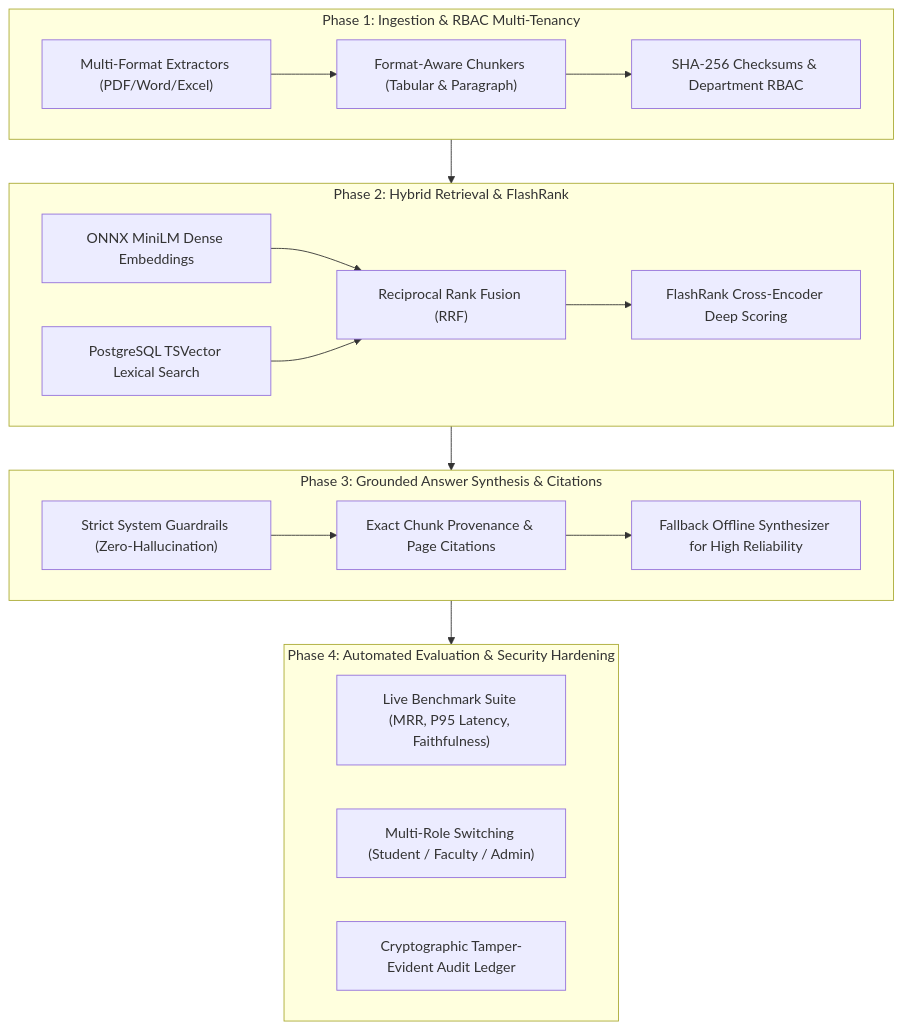
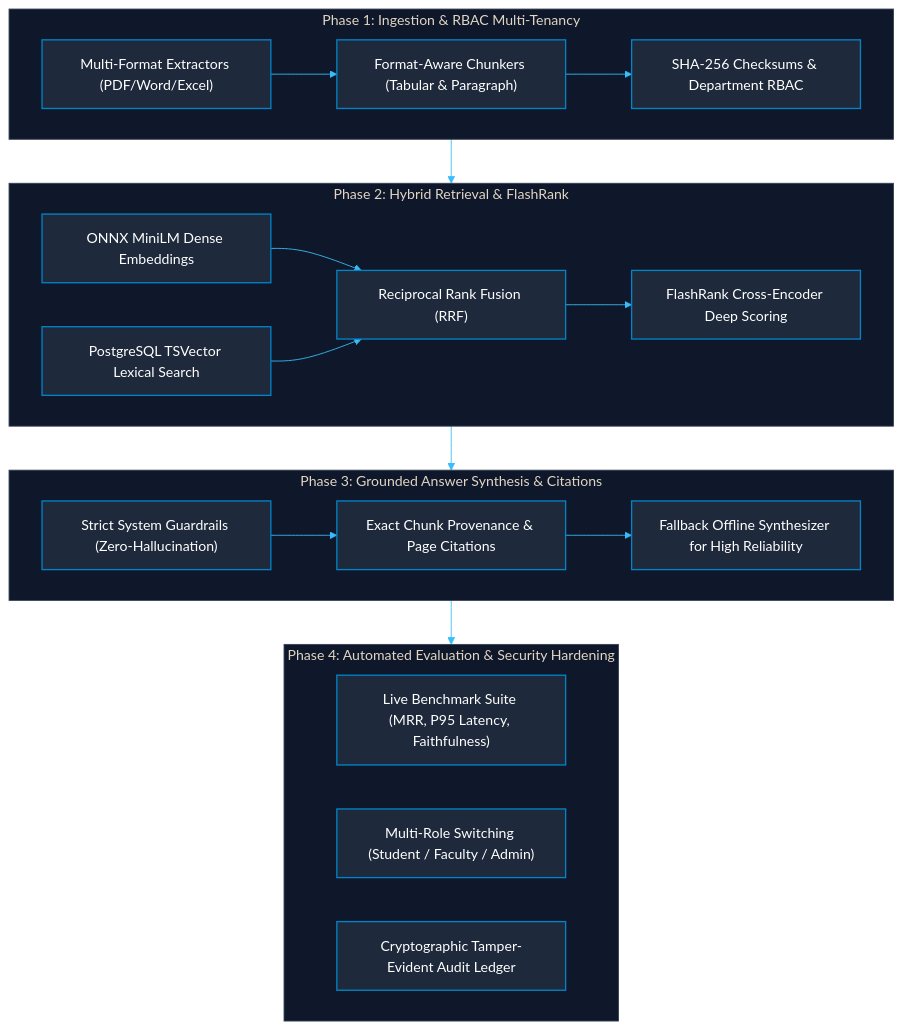
Before and after one commit to abhay-patil-cse27/concord-ikms: the diagram in docs/PROJECT_BRIEF.md, drawn with Mermaid. The commit also changed 7 other files, not shown here.

Commit message:
docs: standardize high-contrast mermaid diagrams for github light/dark mode, clean readme table, and fix benchmark caching

````diff
--- a/docs/PROJECT_BRIEF.md
+++ b/docs/PROJECT_BRIEF.md
@@ -5,28 +5,31 @@
 ```mermaid
+%%{init: {'theme': 'base', 'themeVariables': { 'primaryColor': '#0284c7', 'primaryTextColor': '#ffffff', 'primaryBorderColor': '#0369a1', 'lineColor': '#38bdf8', 'secondaryColor': '#0f172a', 'tertiaryColor': '#1e293b', 'clusterBkg': '#0f172a', 'clusterBorder': '#334155', 'fontFamily': 'Inter, sans-serif'}}}%%
 graph TD
     subgraph Phase1 ["Phase 1: Ingestion & RBAC Multi-Tenancy"]
         P1A["Multi-Format Extractors (PDF/Word/Excel)"] --> P1B["Format-Aware Chunkers (Tabular & Paragraph)"]
         P1B --> P1C["SHA-256 Checksums & Department RBAC"]
     end
 
     subgraph Phase2 ["Phase 2: Hybrid Retrieval & FlashRank"]
         P2A["ONNX MiniLM Dense Embeddings"] --> P2C["Reciprocal Rank Fusion (RRF)"]
         P2B["PostgreSQL TSVector Lexical Search"] --> P2C
         P2C --> P2D["FlashRank Cross-Encoder Deep Scoring"]
     end
 
     subgraph Phase3 ["Phase 3: Grounded Answer Synthesis & Citations"]
         P3A["Strict System Guardrails (Zero-Hallucination)"] --> P3B["Exact Chunk Provenance & Page Citations"]
         P3B --> P3C["Fallback Offline Synthesizer for High Reliability"]
     end
 
     subgraph Phase4 ["Phase 4: Automated Evaluation & Security Hardening"]
         P4A["Live Benchmark Suite (MRR, P95 Latency, Faithfulness)"]
         P4B["Multi-Role Switching (Student / Faculty / Admin)"]
         P4C["Cryptographic Tamper-Evident Audit Ledger"]
     end
 
     Phase1 --> Phase2
     Phase2 --> Phase3
     Phase3 --> Phase4
+
+    classDef default fill:#1e293b,stroke:#0284c7,stroke-width:1.5px,color:#ffffff;
 ```
````
